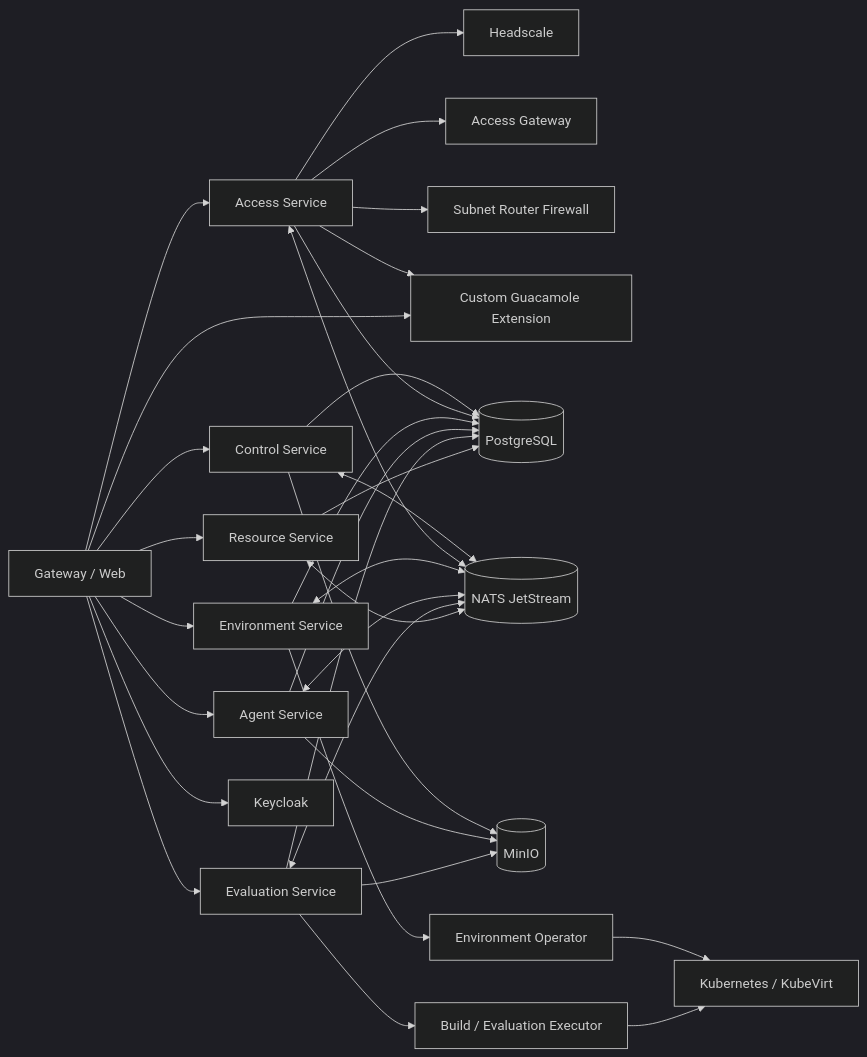
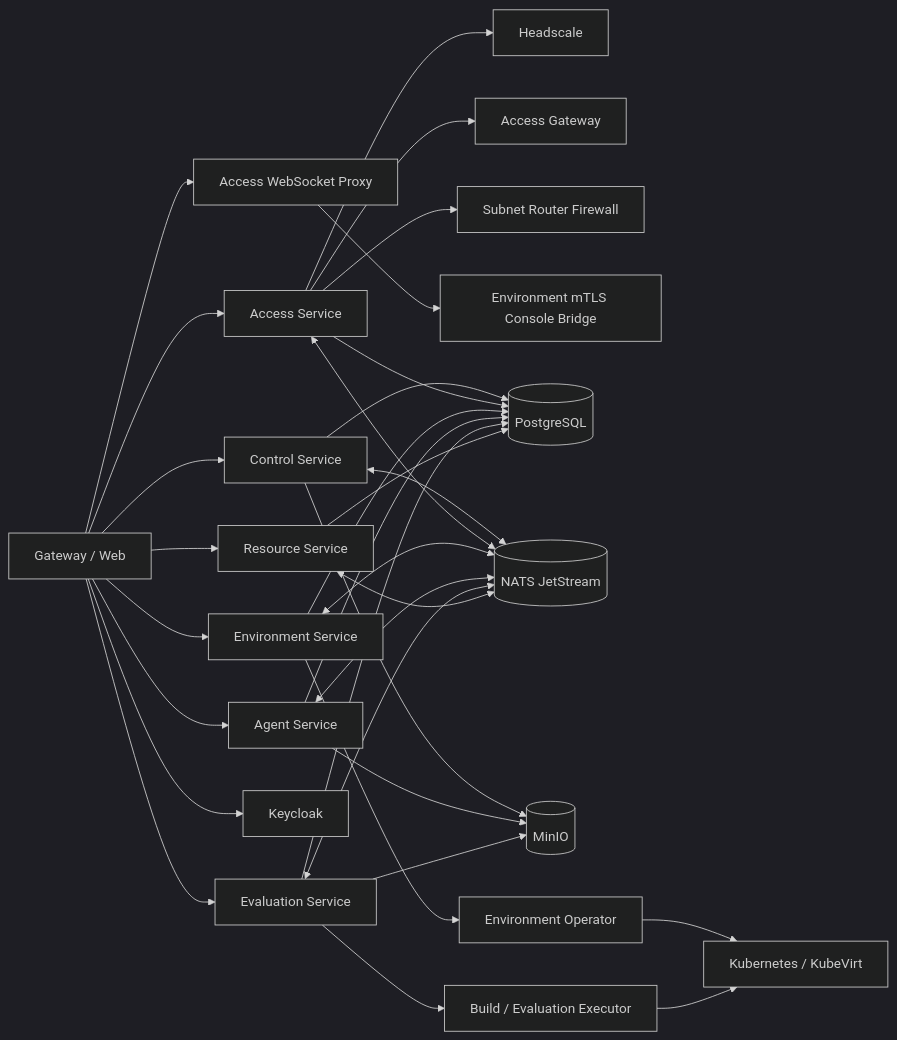
Before and after one commit to TeamMonad/LabWeaver: the second of 2 diagrams in docs/architecture/c4.md, drawn with Mermaid (dark theme). The commit also changed other lines of this file and 22 other files, not shown here.

````diff
--- a/docs/architecture/c4.md
+++ b/docs/architecture/c4.md
@@ -30,34 +30,34 @@
 ```mermaid
 flowchart LR
     WEB[Gateway / Web] --> CTRL[Control Service]
     WEB --> ACCESS[Access Service]
     WEB --> ENV[Environment Service]
     WEB --> AGENT[Agent Service]
     WEB --> EVAL[Evaluation Service]
     WEB --> RESOURCE[Resource Service]
     WEB --> KEYCLOAK[Keycloak]
     ACCESS --> HEADSCALE[Headscale]
     ACCESS --> GATEWAY[Access Gateway]
     ACCESS --> ROUTER[Subnet Router Firewall]
-    ACCESS --> GUACAMOLE[Custom Guacamole Extension]
-    WEB --> GUACAMOLE
+    WEB --> CONSOLE_PROXY[Access WebSocket Proxy]
+    CONSOLE_PROXY --> ENVIRONMENT[Environment mTLS Console Bridge]
     CTRL --> PG[(PostgreSQL)]
     ACCESS --> PG
     ENV --> PG
     AGENT --> PG
     EVAL --> PG
     RESOURCE --> PG
     CTRL <--> NATS[(NATS JetStream)]
     ACCESS <--> NATS
     ENV <--> NATS
     AGENT <--> NATS
     EVAL <--> NATS
     RESOURCE <--> NATS
     CTRL --> MINIO[(MinIO)]
     AGENT --> MINIO
     EVAL --> MINIO
     ENV --> OPERATOR[Environment Operator]
     OPERATOR --> K8S[Kubernetes / KubeVirt]
     EVAL --> EXECUTOR[Build / Evaluation Executor]
     EXECUTOR --> K8S
 ```
````
